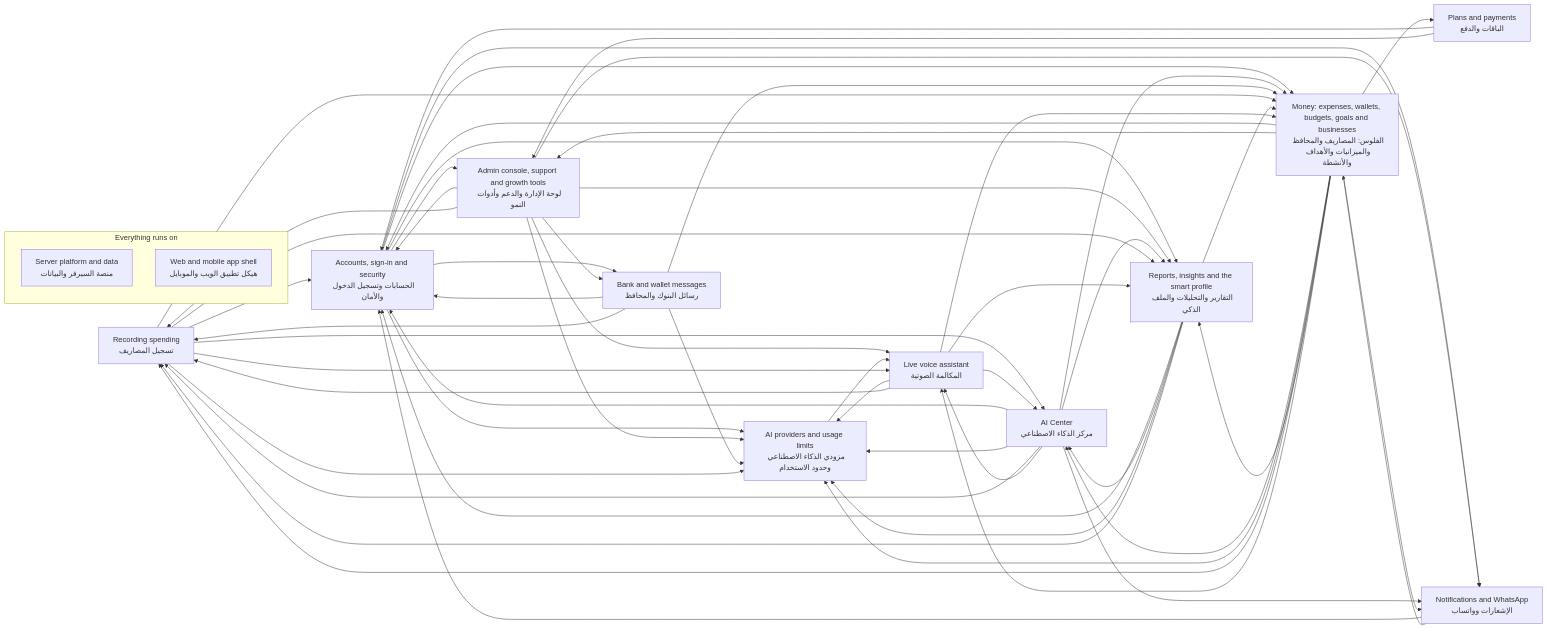
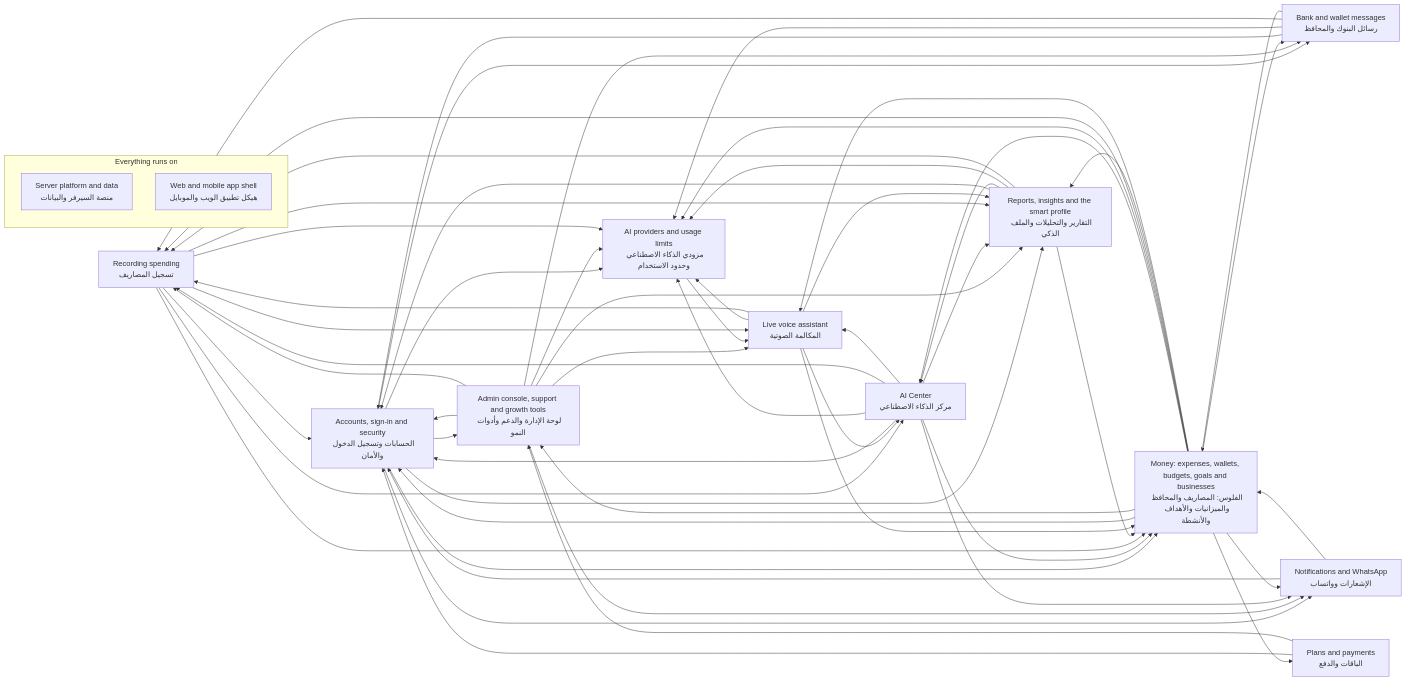
The diagram in docs/atlas/systems/README.md (mahmoudtaherr111/smartspend_mini_all), drawn with Mermaid before and after one commit. The commit also changed other lines of this file and 56 other files, not shown here.

````diff
--- a/docs/atlas/systems/README.md
+++ b/docs/atlas/systems/README.md
@@ -15,72 +15,73 @@
 ```mermaid
 flowchart LR
   sys_expense_capture["Recording spending<br/>تسجيل المصاريف"]
   sys_bank_messages["Bank and wallet messages<br/>رسائل البنوك والمحافظ"]
   sys_voice_calls["Live voice assistant<br/>المكالمة الصوتية"]
   sys_ai_center["AI Center<br/>مركز الذكاء الاصطناعي"]
   sys_insights["Reports, insights and the smart profile<br/>التقارير والتحليلات والملف الذكي"]
   sys_money["Money: expenses, wallets, budgets, goals and businesses<br/>الفلوس: المصاريف والمحافظ والميزانيات والأهداف والأنشطة"]
   sys_accounts["Accounts, sign-in and security<br/>الحسابات وتسجيل الدخول والأمان"]
   sys_billing["Plans and payments<br/>الباقات والدفع"]
   sys_notifications["Notifications and WhatsApp<br/>الإشعارات وواتساب"]
   sys_admin["Admin console, support and growth tools<br/>لوحة الإدارة والدعم وأدوات النمو"]
   sys_ai_platform["AI providers and usage limits<br/>مزودي الذكاء الاصطناعي وحدود الاستخدام"]
   subgraph g_foundation["Everything runs on"]
     sys_platform["Server platform and data<br/>منصة السيرفر والبيانات"]
     sys_web_app["Web and mobile app shell<br/>هيكل تطبيق الويب والموبايل"]
   end
   sys_accounts --> sys_admin
   sys_accounts --> sys_ai_platform
   sys_accounts --> sys_bank_messages
   sys_accounts --> sys_insights
   sys_accounts --> sys_money
   sys_accounts --> sys_notifications
   sys_admin --> sys_accounts
   sys_admin --> sys_ai_platform
   sys_admin --> sys_bank_messages
   sys_admin --> sys_expense_capture
   sys_admin --> sys_insights
   sys_admin --> sys_notifications
   sys_admin --> sys_voice_calls
   sys_ai_center --> sys_accounts
   sys_ai_center --> sys_ai_platform
   sys_ai_center --> sys_expense_capture
   sys_ai_center --> sys_insights
   sys_ai_center --> sys_money
   sys_ai_center --> sys_notifications
   sys_ai_center --> sys_voice_calls
   sys_ai_platform --> sys_voice_calls
   sys_bank_messages --> sys_accounts
   sys_bank_messages --> sys_ai_platform
   sys_bank_messages --> sys_expense_capture
   sys_bank_messages --> sys_money
   sys_billing --> sys_accounts
   sys_billing --> sys_admin
   sys_expense_capture --> sys_accounts
   sys_expense_capture --> sys_ai_center
   sys_expense_capture --> sys_ai_platform
   sys_expense_capture --> sys_insights
   sys_expense_capture --> sys_money
   sys_expense_capture --> sys_voice_calls
   sys_insights --> sys_accounts
   sys_insights --> sys_ai_center
   sys_insights --> sys_ai_platform
   sys_insights --> sys_expense_capture
   sys_insights --> sys_money
   sys_money --> sys_accounts
   sys_money --> sys_admin
   sys_money --> sys_ai_center
   sys_money --> sys_ai_platform
+  sys_money --> sys_bank_messages
   sys_money --> sys_billing
   sys_money --> sys_expense_capture
   sys_money --> sys_insights
   sys_money --> sys_notifications
   sys_money --> sys_voice_calls
   sys_notifications --> sys_accounts
   sys_notifications --> sys_money
   sys_voice_calls --> sys_ai_center
   sys_voice_calls --> sys_ai_platform
   sys_voice_calls --> sys_expense_capture
   sys_voice_calls --> sys_insights
   sys_voice_calls --> sys_money
 ```
````
